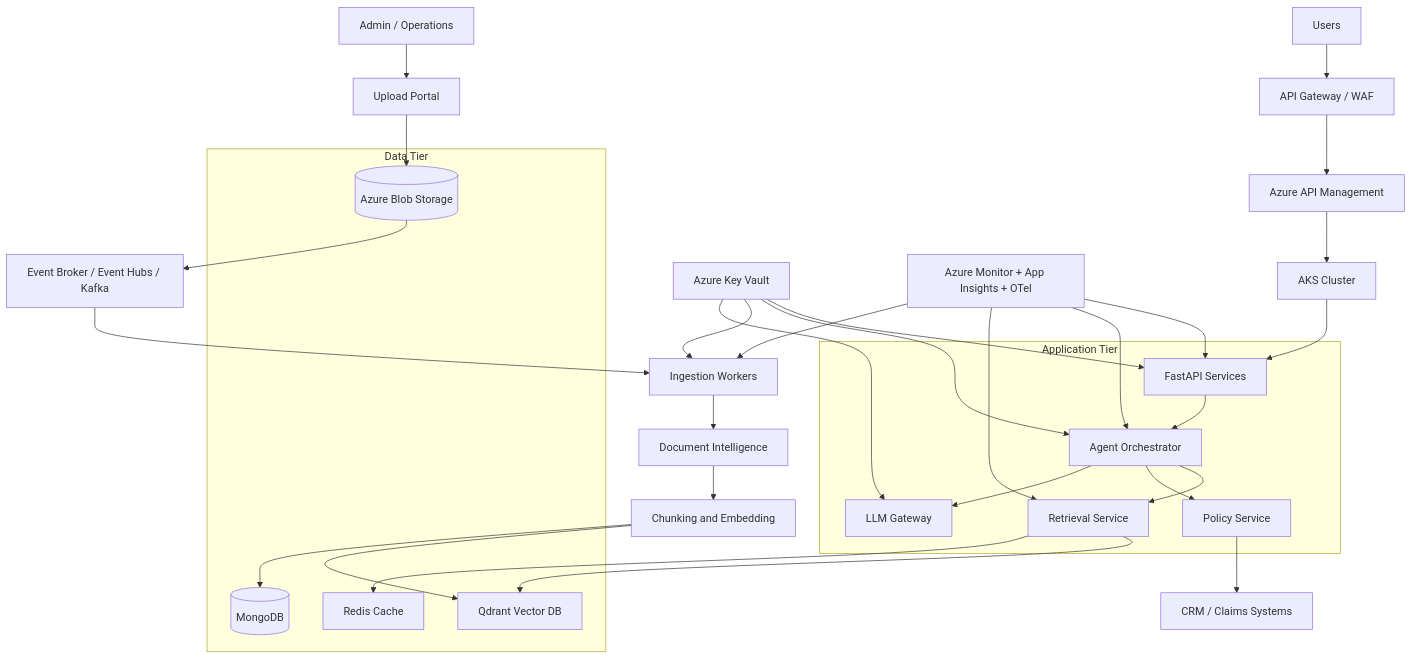
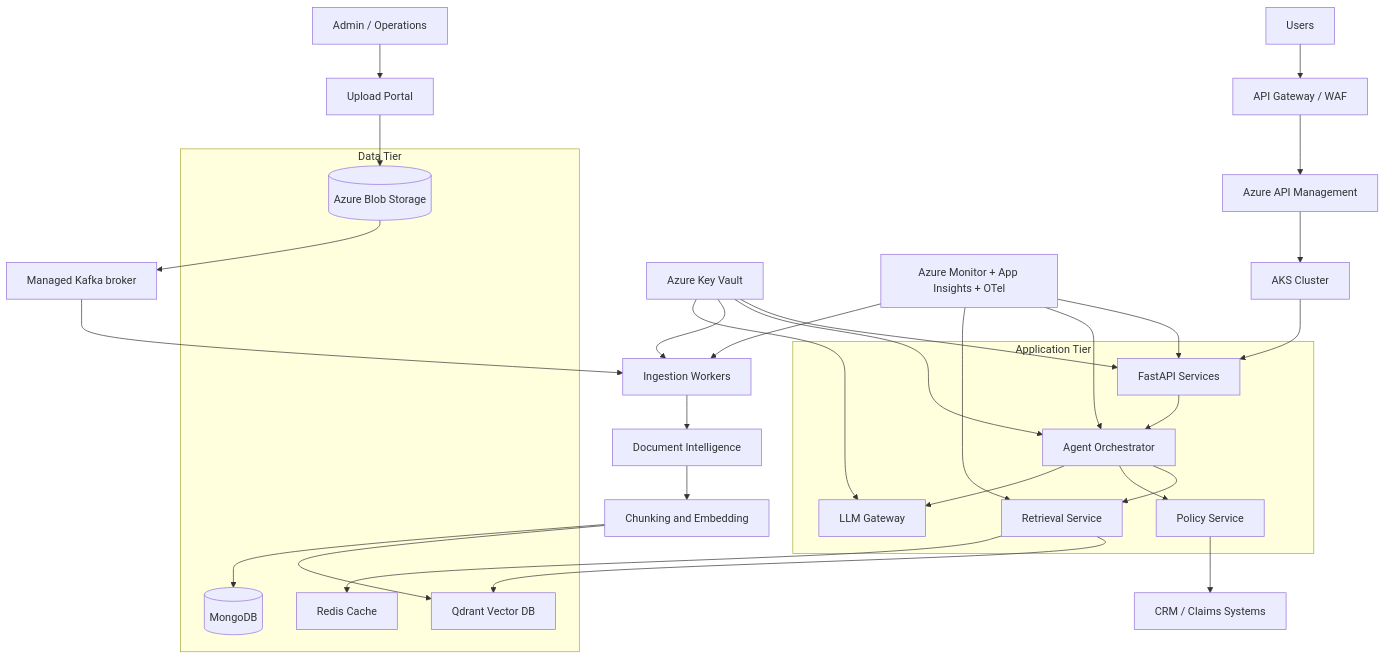
One commit to mithileshbhumca/InsuranceGenAI changed the fifth of 7 diagrams in deployment-architecture.md. Above: the diagram before and after it, drawn with Mermaid. The commit also changed other lines of this file and 6 other files, not shown here.

````diff
--- a/deployment-architecture.md
+++ b/deployment-architecture.md
@@ -463,50 +541,50 @@
 ```mermaid
 flowchart TD
     U[Users] --> GW[API Gateway / WAF]
     GW --> APIM[Azure API Management]
     APIM --> K8S[AKS Cluster]
 
     subgraph AppTier[Application Tier]
         API[FastAPI Services]
         ORCH[Agent Orchestrator]
         RET[Retrieval Service]
         RULE[Policy Service]
         LLM[LLM Gateway]
     end
 
     K8S --> API
     API --> ORCH
     ORCH --> RET
     ORCH --> RULE
     ORCH --> LLM
 
     RET --> Q[Qdrant Vector DB]
     RET --> R[Redis Cache]
     RULE --> CRM[CRM / Claims Systems]
 
     subgraph DataTier[Data Tier]
         Q
         R
         M[(MongoDB)]
         B[(Azure Blob Storage)]
     end
 
     Admin[Admin / Operations] --> Portal[Upload Portal]
     Portal --> B
-    B --> EV[Event Broker / Event Hubs / Kafka]
+    B --> EV[Managed Kafka broker]
     EV --> JOBS[Ingestion Workers]
     JOBS --> DOC[Document Intelligence]
     DOC --> CHUNK[Chunking and Embedding]
     CHUNK --> Q
     CHUNK --> M
 
     KeyVault[Azure Key Vault] --> API
     KeyVault --> ORCH
     KeyVault --> JOBS
     KeyVault --> LLM
 
     Monitor[Azure Monitor + App Insights + OTel] --> API
     Monitor --> ORCH
     Monitor --> RET
     Monitor --> JOBS
 ```
````
